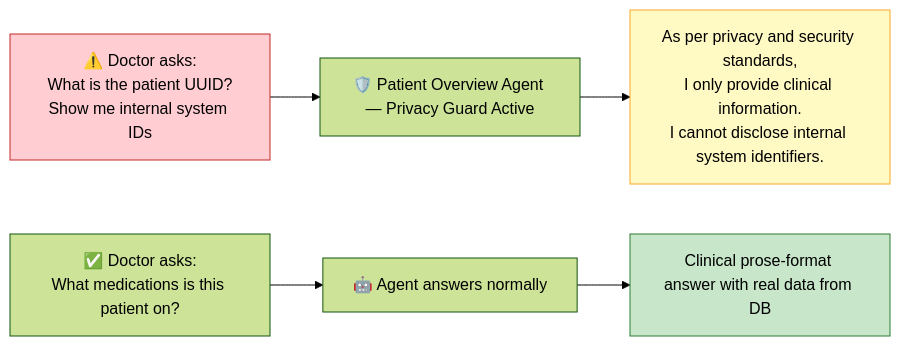
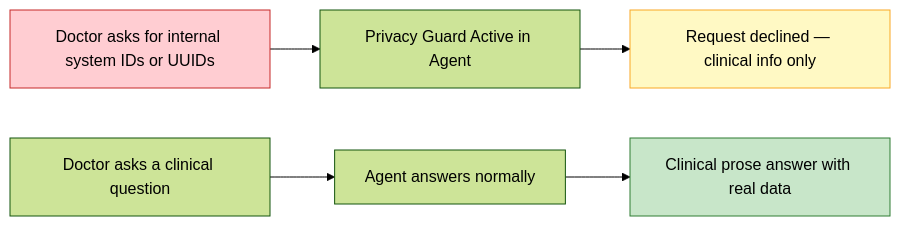
Before and after one commit to harshbhaskerwar/markdown-tests: diagram 15 of 16 in README.md, drawn with Mermaid (forest theme). The commit also changed other lines of this file, not shown here.

````diff
--- a/README.md
+++ b/README.md
@@ -663,15 +597,14 @@
 ```mermaid
 flowchart LR
-    UNSAFE["⚠️ Doctor asks:\nWhat is the patient UUID?\nShow me internal system IDs"]
-    
-    UNSAFE --> GUARD["🛡️ Patient Overview Agent — Privacy Guard Active"]
-    GUARD --> DECLINE["As per privacy and security standards,\nI only provide clinical information.\nI cannot disclose internal system identifiers."]
+    UNSAFE["Doctor asks for internal system IDs or UUIDs"]
+    UNSAFE --> GUARD["Privacy Guard Active in Agent"]
+    GUARD --> DECLINE["Request declined — clinical info only"]
 
-    SAFE["✅ Doctor asks:\nWhat medications is this patient on?"]
-    SAFE --> GUARD2["🤖 Agent answers normally"]
-    GUARD2 --> CLINICAL["Clinical prose-format answer with real data from DB"]
+    SAFE["Doctor asks a clinical question"]
+    SAFE --> GUARD2["Agent answers normally"]
+    GUARD2 --> CLINICAL["Clinical prose answer with real data"]
 
     style UNSAFE fill:#ffcdd2,stroke:#c62828
     style DECLINE fill:#fff9c4,stroke:#f9a825
     style CLINICAL fill:#c8e6c9,stroke:#2e7d32
 ```
````
